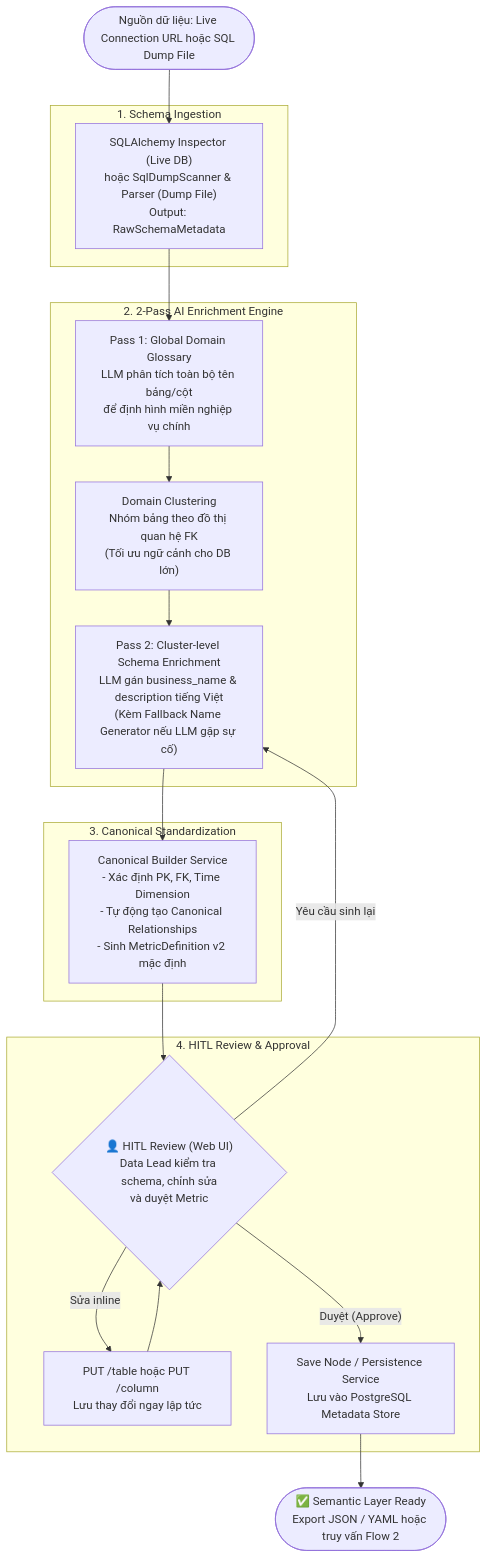
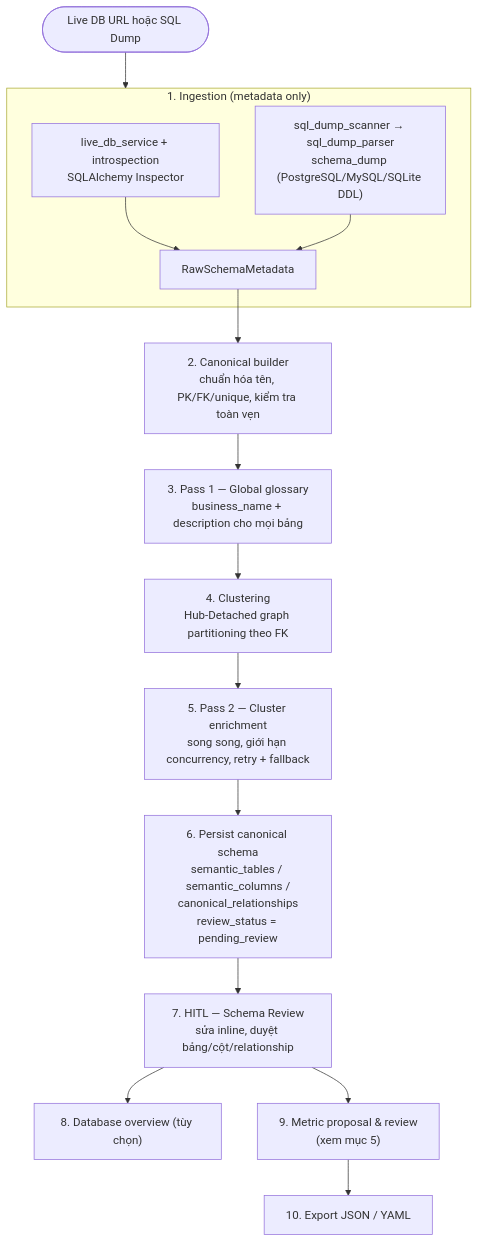
Before and after one commit to thanqpham/AI-Semantic-Layer-Team07: the second of 10 diagrams in ARCHITECTURE.md, drawn with Mermaid. The commit also changed other lines of this file and 2 other files, not shown here.

First line of the commit message:
Viết lại README, ARCHITECTURE và thêm PROJECT_STRUCTURE

````diff
--- a/ARCHITECTURE.md
+++ b/ARCHITECTURE.md
@@ -103,28 +124,22 @@
 ```mermaid
 flowchart TD
-    SOURCE(["Nguồn dữ liệu: Live Connection URL hoặc SQL Dump File"]) --> PARSE
+    SRC(["Live DB URL hoặc SQL Dump"]) --> ING
 
-    subgraph Ingestion["1. Schema Ingestion"]
-        PARSE["SQLAlchemy Inspector (Live DB)\nhoặc SqlDumpScanner & Parser (Dump File)\nOutput: RawSchemaMetadata"]
+    subgraph ING["1. Ingestion (metadata only)"]
+        LIVE["live_db_service + introspection<br/>SQLAlchemy Inspector"]
+        DUMP["sql_dump_scanner → sql_dump_parser<br/>schema_dump (PostgreSQL/MySQL/SQLite DDL)"]
+        RAW["RawSchemaMetadata"]
+        LIVE --> RAW
+        DUMP --> RAW
     end
 
-    subgraph Enrichment["2. 2-Pass AI Enrichment Engine"]
-        PARSE --> P1["Pass 1: Global Domain Glossary\nLLM phân tích toàn bộ tên bảng/cột\nđể định hình miền nghiệp vụ chính"]
-        P1 --> CLUST["Domain Clustering\nNhóm bảng theo đồ thị quan hệ FK\n(Tối ưu ngữ cảnh cho DB lớn)"]
-        CLUST --> P2["Pass 2: Cluster-level Schema Enrichment\nLLM gán business_name & description tiếng Việt\n(Kèm Fallback Name Generator nếu LLM gặp sự cố)"]
-    end
-
-    subgraph Canonical["3. Canonical Standardization"]
-        P2 --> CANON["Canonical Builder Service\n- Xác định PK, FK, Time Dimension\n- Tự động tạo Canonical Relationships\n- Sinh MetricDefinition v2 mặc định"]
-    end
-
-    subgraph HITL_Loop["4. HITL Review & Approval"]
-        CANON --> REVIEW{"👤 HITL Review (Web UI)\nData Lead kiểm tra schema, chỉnh sửa\nvà duyệt Metric"}
-        REVIEW -->|"Sửa inline"| EDIT["PUT /table hoặc PUT /column\nLưu thay đổi ngay lập tức"]
-        EDIT --> REVIEW
-        REVIEW -->|"Duyệt (Approve)"| SAVE["Save Node / Persistence Service\nLưu vào PostgreSQL Metadata Store"]
-        REVIEW -->|"Yêu cầu sinh lại"| P2
-    end
-
-    SAVE --> EXPORT(["✅ Semantic Layer Ready\nExport JSON / YAML hoặc truy vấn Flow 2"])
+    RAW --> CAN["2. Canonical builder<br/>chuẩn hóa tên, PK/FK/unique, kiểm tra toàn vẹn"]
+    CAN --> P1["3. Pass 1 — Global glossary<br/>business_name + description cho mọi bảng"]
+    P1 --> CL["4. Clustering<br/>Hub-Detached graph partitioning theo FK"]
+    CL --> P2["5. Pass 2 — Cluster enrichment<br/>song song, giới hạn concurrency, retry + fallback"]
+    P2 --> SAVE["6. Persist canonical schema<br/>semantic_tables / semantic_columns /<br/>canonical_relationships<br/>review_status = pending_review"]
+    SAVE --> REV["7. HITL — Schema Review<br/>sửa inline, duyệt bảng/cột/relationship"]
+    REV --> OV["8. Database overview (tùy chọn)"]
+    REV --> MET["9. Metric proposal & review<br/>(xem mục 5)"]
+    MET --> EXP["10. Export JSON / YAML"]
 ```
````
